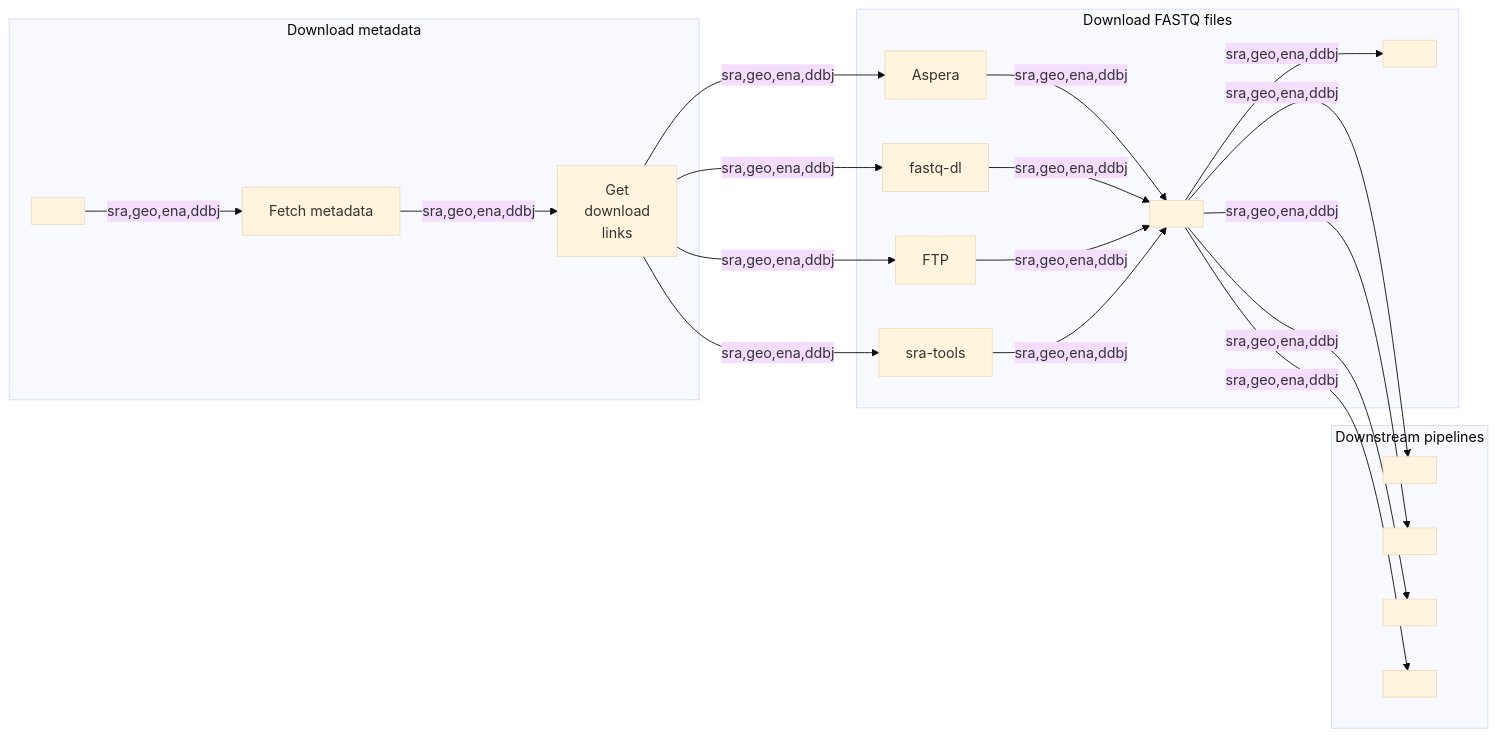
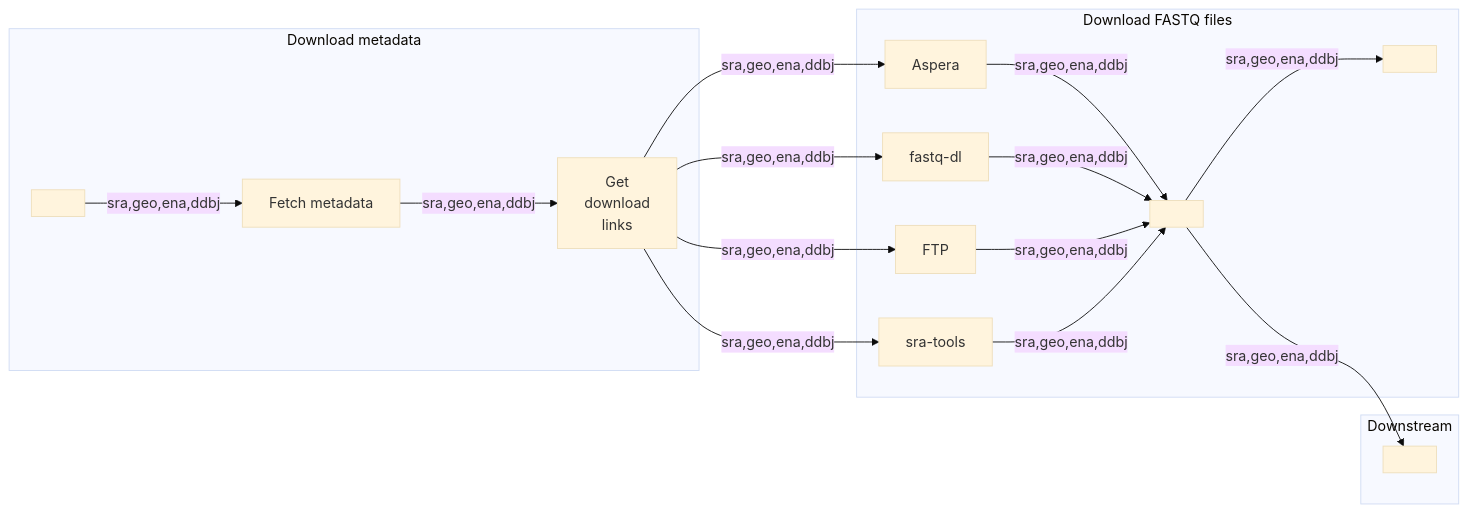
Before and after one commit to nf-core/fetchngs: the diagram in assets/metro_map.mmd, drawn with Mermaid (base theme). The commit also changed 2 other files, not shown here.

Commit message:
Simplify downstream pipelines

```diff
--- a/assets/metro_map.mmd
+++ b/assets/metro_map.mmd
@@ -1,62 +1,53 @@
 %%metro title: nf-core/fetchngs
 %%metro logo: assets/nf-core-fetchngs_logo_light.png
 %%metro style: nfcore-light
 %%metro file: input_csv | CSV
 %%metro file: fastq_files | CSV, FASTQ
 %%metro off_track: fastq_files
-%%metro file: rnaseq_csv | CSV | nf-core/rnaseq
-%%metro file: atacseq_csv | CSV | nf-core/atacseq
-%%metro file: viralrecon_csv | CSV | nf-core/viralrecon
-%%metro file: taxprofiler_csv | CSV | nf-core/taxprofiler
+%%metro file: pipeline_csv | CSV | nf-core/<PIPELINE>
 %%metro line: sra | SRA | #3a843a
 %%metro line: geo | GEO | #0e2a67
 %%metro line: ena | ENA | #f2a554
 %%metro line: ddbj | DDBJ | #d12e80
 %%metro legend: bl
 %%metro diamond_style: symmetric
 %%metro x_spacing: 90
 %%metro width: 1120
 %%metro caption: License: CC BY 4.0
 
 graph LR
     subgraph download_metadata [Download metadata]
         input_csv[ ]
         fetch_metadata[Fetch metadata]
         get_download_links[Get\ndownload\nlinks]
 
         input_csv -->|sra,geo,ena,ddbj| fetch_metadata
         fetch_metadata -->|sra,geo,ena,ddbj| get_download_links
     end
 
     subgraph download_files [Download FASTQ files]
         aspera[Aspera]
         fastqdl[fastq-dl]
         ftp[FTP]
         sra_tools[sra-tools]
         metadata[ ]
         fastq_files[ ]
 
         get_download_links -->|sra,geo,ena,ddbj| aspera
         get_download_links -->|sra,geo,ena,ddbj| fastqdl
         get_download_links -->|sra,geo,ena,ddbj| ftp
         get_download_links -->|sra,geo,ena,ddbj| sra_tools
 
         aspera -->|sra,geo,ena,ddbj| metadata
         fastqdl -->|sra,geo,ena,ddbj| metadata
         ftp -->|sra,geo,ena,ddbj| metadata
         sra_tools -->|sra,geo,ena,ddbj| metadata
 
         metadata -->|sra,geo,ena,ddbj| fastq_files
     end
 
-    subgraph downstream_pipelines [Downstream pipelines]
-        rnaseq_csv[ ]
-        atacseq_csv[ ]
-        viralrecon_csv[ ]
-        taxprofiler_csv[ ]
+    subgraph downstream_pipelines [Downstream]
+        pipeline_csv[ ]
 
-        metadata -->|sra,geo,ena,ddbj| rnaseq_csv
-        metadata -->|sra,geo,ena,ddbj| atacseq_csv
-        metadata -->|sra,geo,ena,ddbj| viralrecon_csv
-        metadata -->|sra,geo,ena,ddbj| taxprofiler_csv
+        metadata -->|sra,geo,ena,ddbj| pipeline_csv
     end
```
